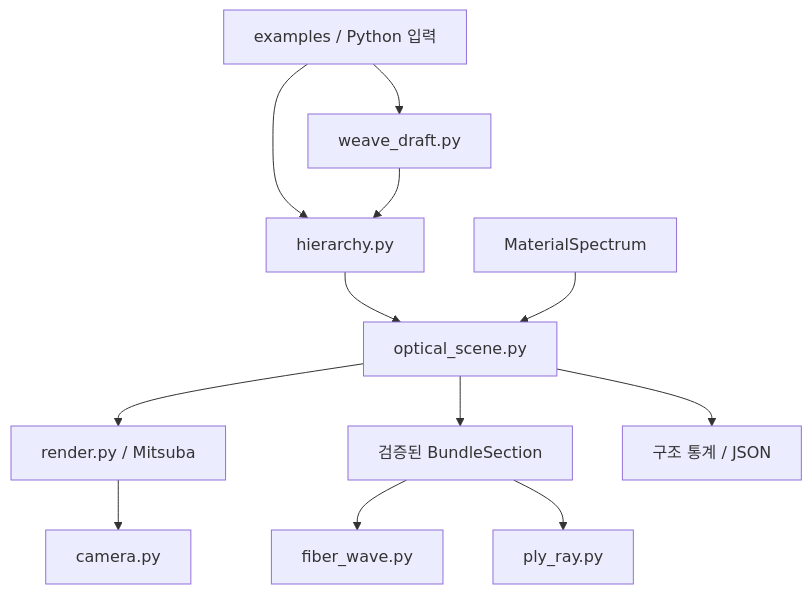
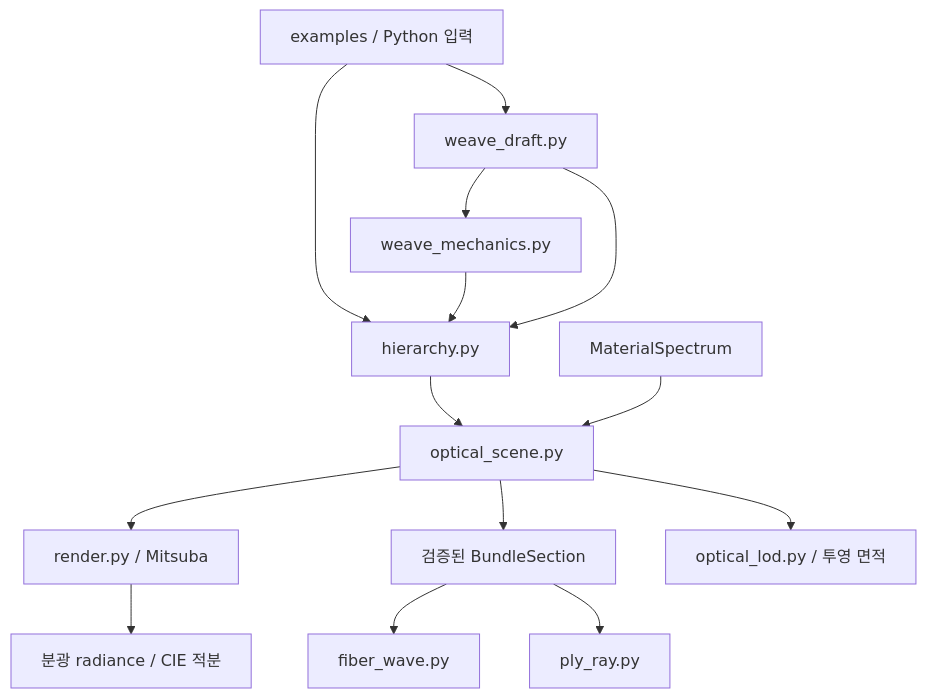
One commit to oparis145/textile-appearance-research- changed the diagram in docs/ARCHITECTURE.md. Above: the diagram before and after it, drawn with Mermaid. The commit also changed other lines of this file and 14 other files, not shown here.

````diff
--- a/docs/ARCHITECTURE.md
+++ b/docs/ARCHITECTURE.md
@@ -19,14 +19,16 @@
 ```mermaid
 flowchart TD
     E["examples / Python 입력"] --> D["weave_draft.py"]
     E --> H["hierarchy.py"]
+    D --> B["weave_mechanics.py"]
+    B --> H
     D --> H
     H --> S["optical_scene.py"]
     P["MaterialSpectrum"] --> S
     S --> M["render.py / Mitsuba"]
     S --> X["검증된 BundleSection"]
     X --> W["fiber_wave.py"]
     X --> R["ply_ray.py"]
-    S --> Q["구조 통계 / JSON"]
-    M --> C["camera.py"]
+    S --> Q["optical_lod.py / 투영 면적"]
+    M --> C["분광 radiance / CIE 적분"]
 ```
````
